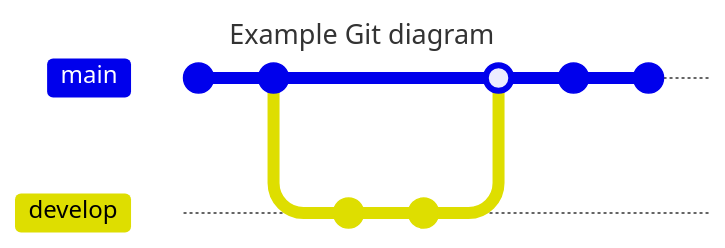
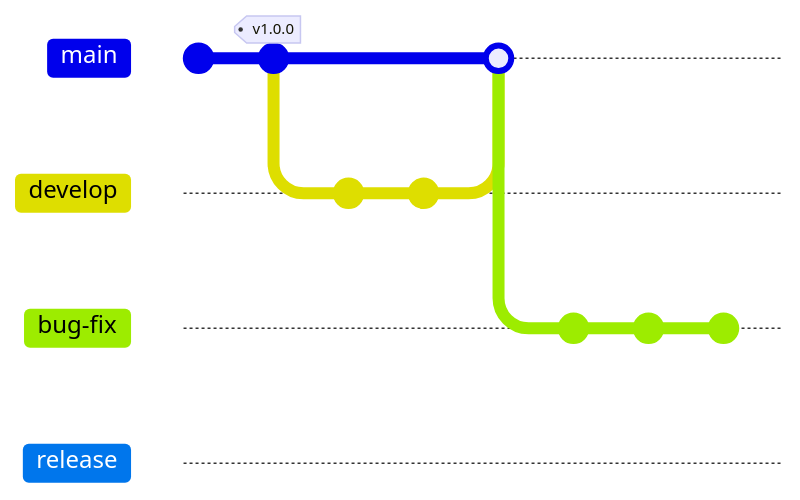
One commit to Kyriosity/read-write changed the diagram in README+/pencraft/README+/essays/README+/SW_architect-aTake.md. Above: the diagram before and after it, drawn with Mermaid. The commit also changed other lines of this file, not shown here. Commit ids are hidden.

First line of the commit message:
🖋️SW_architect-aTake.md

````diff
--- a/README+/pencraft/README+/essays/README+/SW_architect-aTake.md
+++ b/README+/pencraft/README+/essays/README+/SW_architect-aTake.md
@@ -64,16 +79,21 @@
 ```mermaid
 ---
-title: Example Git diagram
+title: 
 ---
 gitGraph
    commit
-   commit
+   commit tag: "v1.0.0"
    branch develop
    checkout develop
    commit
    commit
    checkout main
    merge develop
+   branch bug-fix
+   commit
+checkout main
+checkout bug-fix
    commit
    commit
+ branch release
 ```
````
